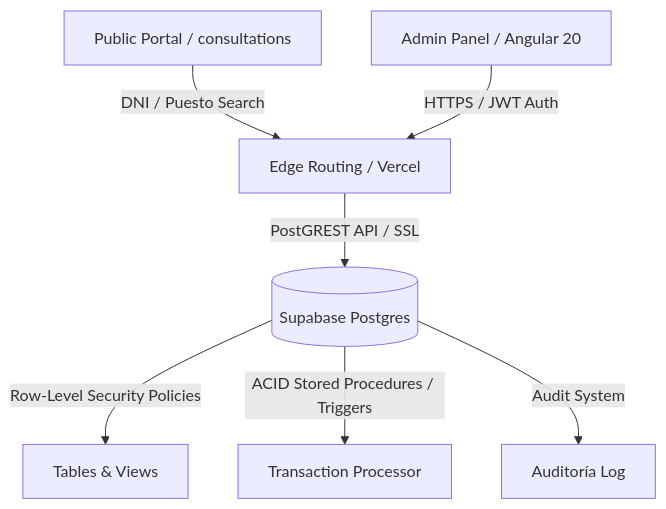
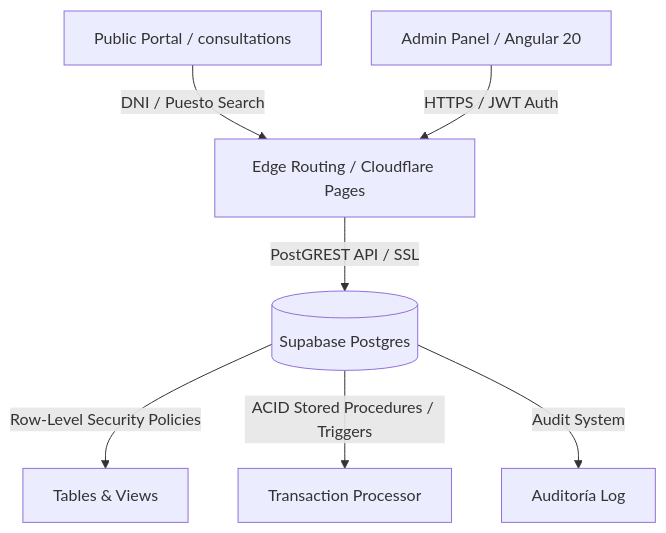
Before and after one commit to omparedes/SistemaCooperativa: the diagram in README.md, drawn with Mermaid. The commit also changed other lines of this file and 7 other files, not shown here.

````diff
--- a/README.md
+++ b/README.md
@@ -18,9 +18,9 @@
 ```mermaid
 graph TD
-    A[Public Portal / consultations] -->|DNI / Puesto Search| B[Edge Routing / Vercel]
+    A[Public Portal / consultations] -->|DNI / Puesto Search| B[Edge Routing / Cloudflare Pages]
     C[Admin Panel / Angular 20] -->|HTTPS / JWT Auth| B
     B -->|PostGREST API / SSL| D[(Supabase Postgres)]
     D -->|Row-Level Security Policies| E[Tables & Views]
     D -->|ACID Stored Procedures / Triggers| F[Transaction Processor]
     D -->|Audit System| G[Auditoría Log]
 ```
````
